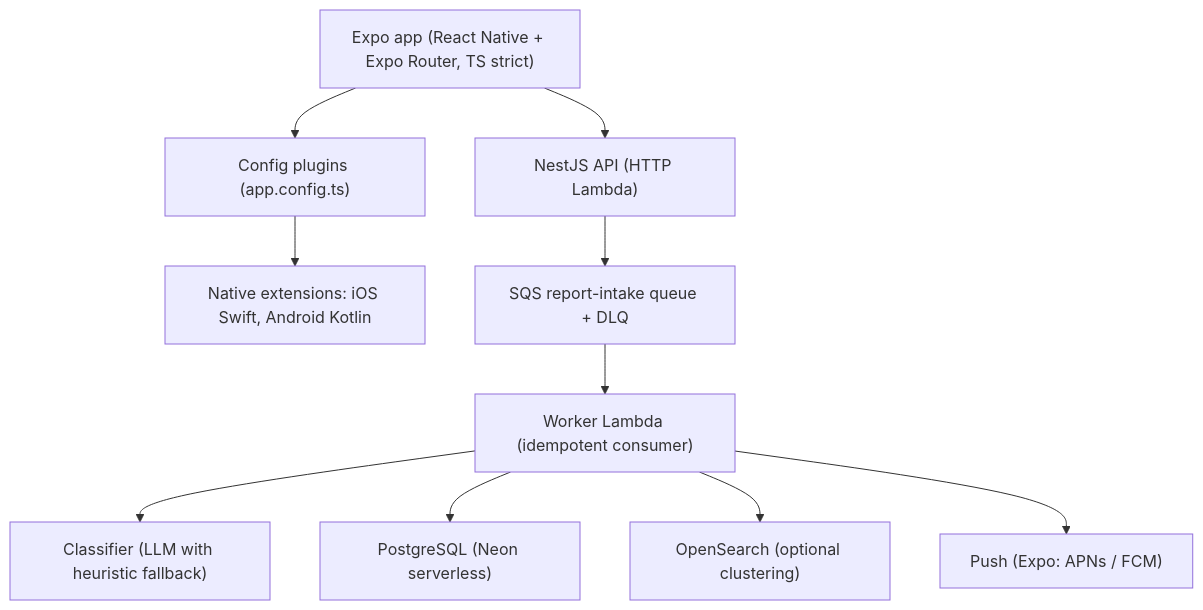
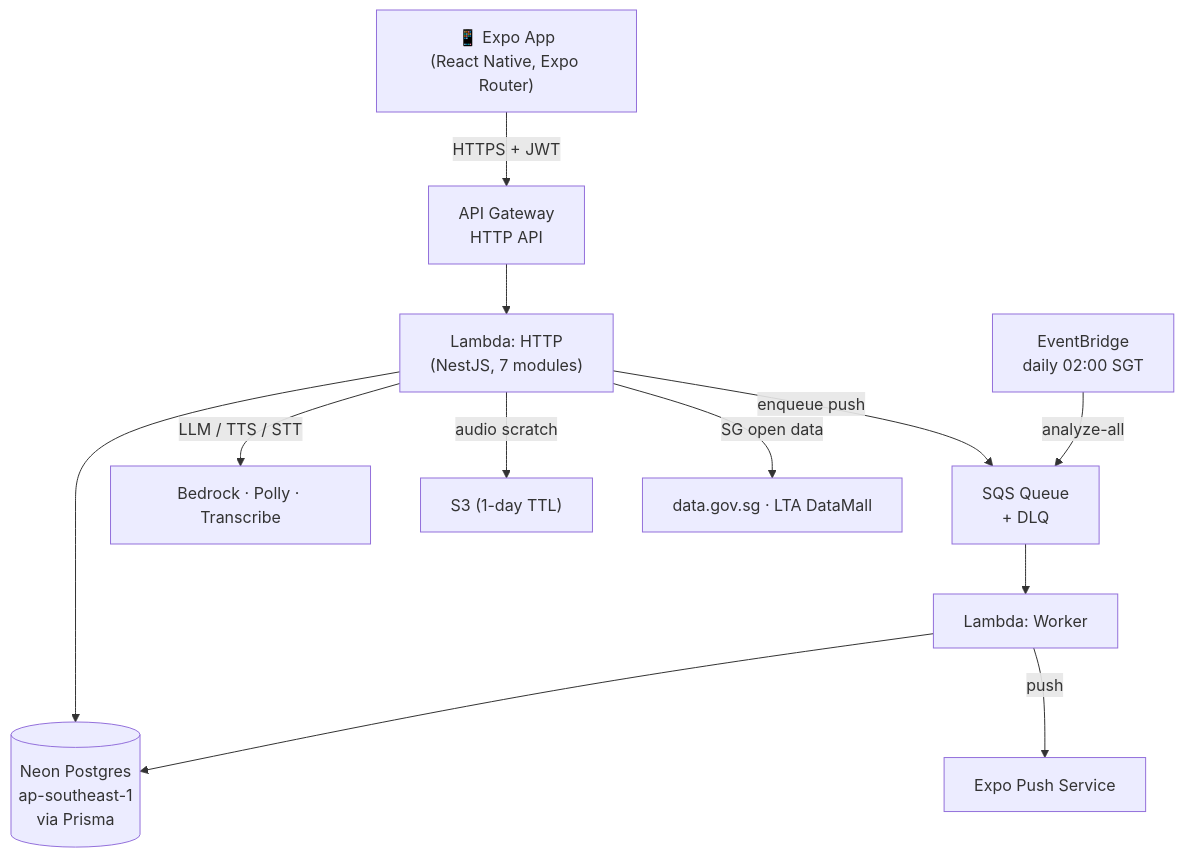
Before and after one commit to elleskay/drivebuddy: the diagram in README.md, drawn with Mermaid. The commit also changed other lines of this file and 14 other files, not shown here.

````diff
--- a/README.md
+++ b/README.md
@@ -59,23 +70,14 @@
 ```mermaid
 flowchart TD
-  app["Expo app (React Native + Expo Router, TS strict)"]
-  plugins["Config plugins (app.config.ts)"]
-  native["Native extensions: iOS Swift, Android Kotlin"]
-  api["NestJS API (HTTP Lambda)"]
-  queue["SQS report-intake queue + DLQ"]
-  worker["Worker Lambda (idempotent consumer)"]
-  classifier["Classifier (LLM with heuristic fallback)"]
-  pg["PostgreSQL (Neon serverless)"]
-  search["OpenSearch (optional clustering)"]
-  push["Push (Expo: APNs / FCM)"]
-
-  app --> plugins
-  plugins --> native
-  app --> api
-  api --> queue
-  queue --> worker
-  worker --> classifier
-  worker --> pg
-  worker --> search
-  worker --> push
+  App["📱 Expo App<br/>(React Native, Expo Router)"] -->|HTTPS + JWT| GW["API Gateway<br/>HTTP API"]
+  GW --> HTTP["Lambda: HTTP<br/>(NestJS, 7 modules)"]
+  HTTP --> Neon[("Neon Postgres<br/>ap-southeast-1<br/>via Prisma")]
+  HTTP -->|enqueue push| Q["SQS Queue<br/>+ DLQ"]
+  EB["EventBridge<br/>daily 02:00 SGT"] -->|analyze-all| Q
+  Q --> WK["Lambda: Worker"]
+  WK --> Neon
+  WK -->|push| Expo["Expo Push Service"]
+  HTTP -->|LLM / TTS / STT| AI["Bedrock · Polly · Transcribe"]
+  HTTP -->|audio scratch| S3["S3 (1-day TTL)"]
+  HTTP -->|SG open data| EXT["data.gov.sg · LTA DataMall"]
 ```
````
